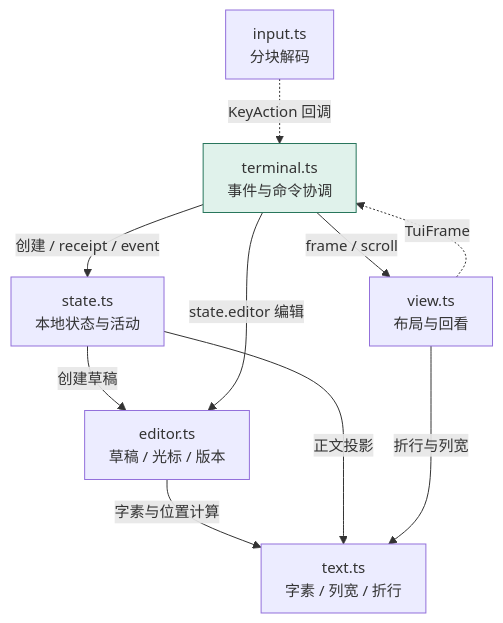
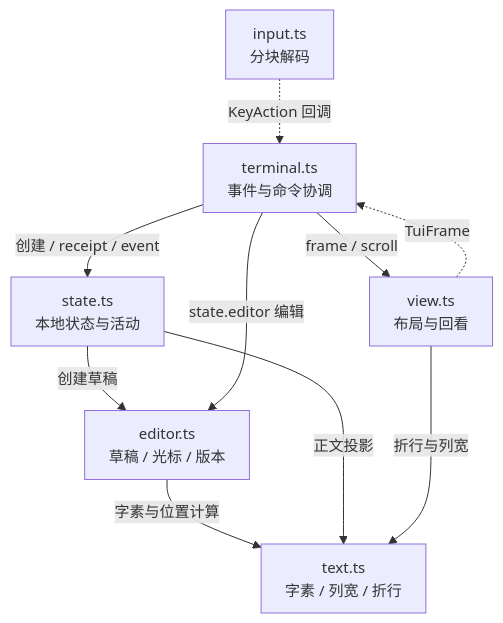
One commit to 13776578253-glitch/1002bot changed the fourth of 6 diagrams in docs/2026-10-06-M2.1进度与架构图.md. Above: the diagram before and after it, drawn with Mermaid. The commit also changed other lines of this file and 33 other files, not shown here.

````diff
--- a/docs/2026-10-06-M2.1进度与架构图.md
+++ b/docs/2026-10-06-M2.1进度与架构图.md
@@ -82,20 +82,19 @@
 ```mermaid
 %%{init: {"flowchart": {"nodeSpacing": 30, "rankSpacing": 42, "padding": 12}, "themeVariables": {"fontSize": "15px"}}}%%
 flowchart TB
   T[terminal.ts<br/>事件与命令协调]
   I[input.ts<br/>分块解码]
   S[state.ts<br/>本地状态与活动]
   E[editor.ts<br/>草稿 / 光标 / 版本]
   V[view.ts<br/>布局与回看]
   X[text.ts<br/>字素 / 列宽 / 折行]
   I -.->|KeyAction 回调| T
   T -->|创建 / receipt / event| S
   S -->|创建草稿| E
   T -->|state.editor 编辑| E
   T -->|frame / scroll| V
   V -.->|TuiFrame| T
   E -->|字素与位置计算| X
   S -->|正文投影| X
   V -->|折行与列宽| X
-  style T fill:#e0f2eb,stroke:#28765c
 ```
````
